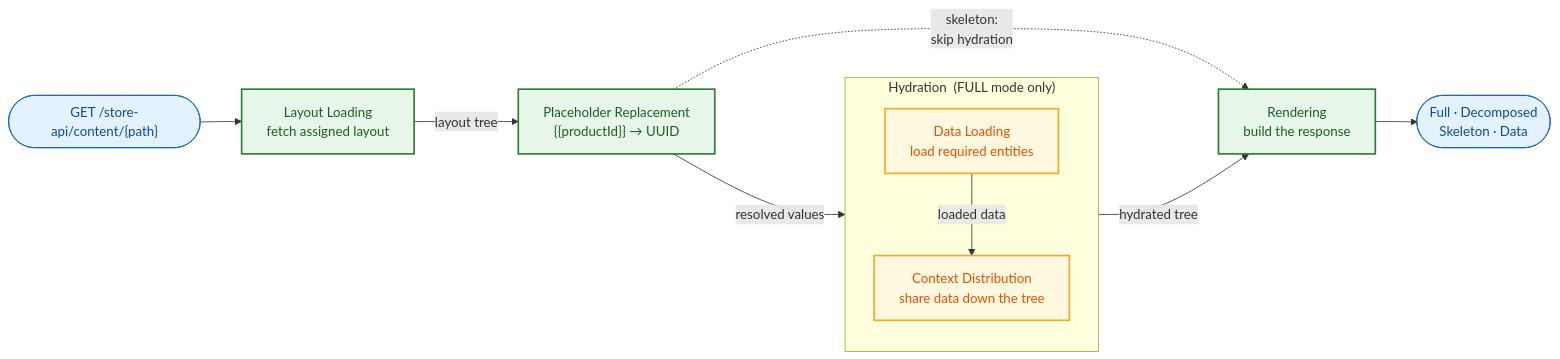
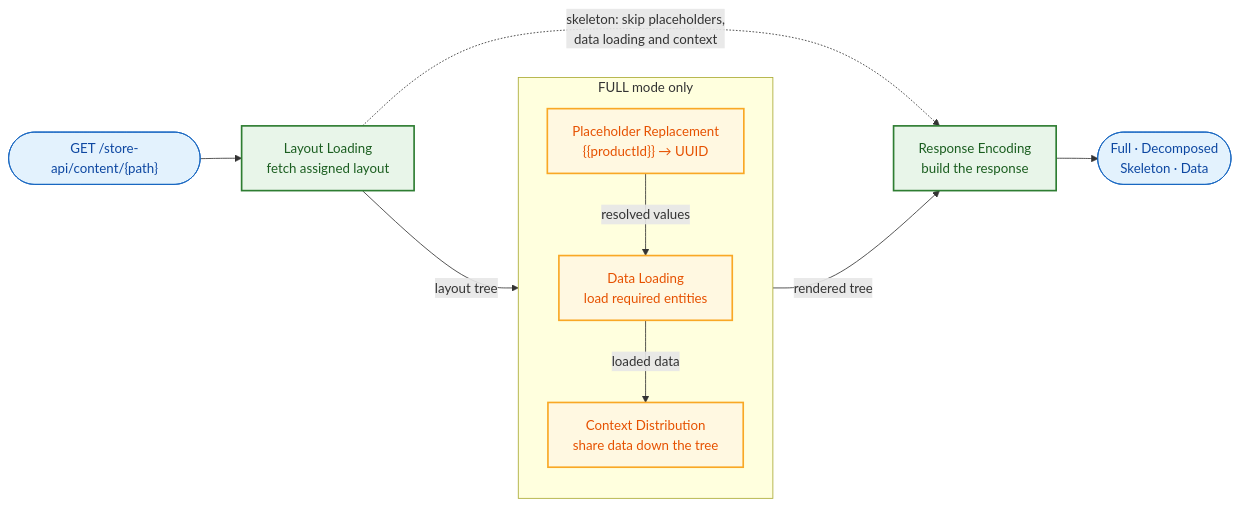
One commit to shopware/shopware changed the diagram in src/Core/Framework/ContentSystem/docs/data-flow.md. Above: the diagram before and after it, drawn with Mermaid. The commit also changed 573 other files, not shown here.

````diff
--- a/src/Core/Framework/ContentSystem/docs/data-flow.md
+++ b/src/Core/Framework/ContentSystem/docs/data-flow.md
@@ -5,30 +5,30 @@
 ```mermaid
 graph LR
     REQ(["GET /store-api/content/{path}"]) --> A
 
     A["Layout Loading<br/>fetch assigned layout"]
-    B["Placeholder Replacement<br/>{{productId}} → UUID"]
 
-    subgraph HYDR["Hydration &nbsp;(FULL mode only)"]
+    subgraph FULLONLY["FULL mode only"]
         direction TB
+        B["Placeholder Replacement<br/>{{productId}} → UUID"]
         C["Data Loading<br/>load required entities"]
         D["Context Distribution<br/>share data down the tree"]
+        B -- "resolved values" --> C
         C -- "loaded data" --> D
     end
 
-    E["Rendering<br/>build the response"]
+    E["Response Encoding<br/>build the response"]
     RES(["Full · Decomposed<br/>Skeleton · Data"])
 
     A -- "layout tree" --> B
-    B -- "resolved values" --> C
-    D -- "hydrated tree" --> E
+    D -- "rendered tree" --> E
     E --> RES
-    B -. "skeleton:<br/>skip hydration" .-> E
+    A -. "skeleton: skip placeholders,<br/>data loading and context" .-> E
 
     classDef io fill:#e3f2fd,stroke:#1565c0,stroke-width:1px,color:#0d47a1
     classDef step fill:#e8f5e9,stroke:#2e7d32,stroke-width:2px,color:#1b5e20
     classDef hydr fill:#fff8e1,stroke:#f9a825,stroke-width:2px,color:#e65100
     class REQ,RES io
-    class A,B,E step
-    class C,D hydr
+    class A,E step
+    class B,C,D hydr
 ```
````
